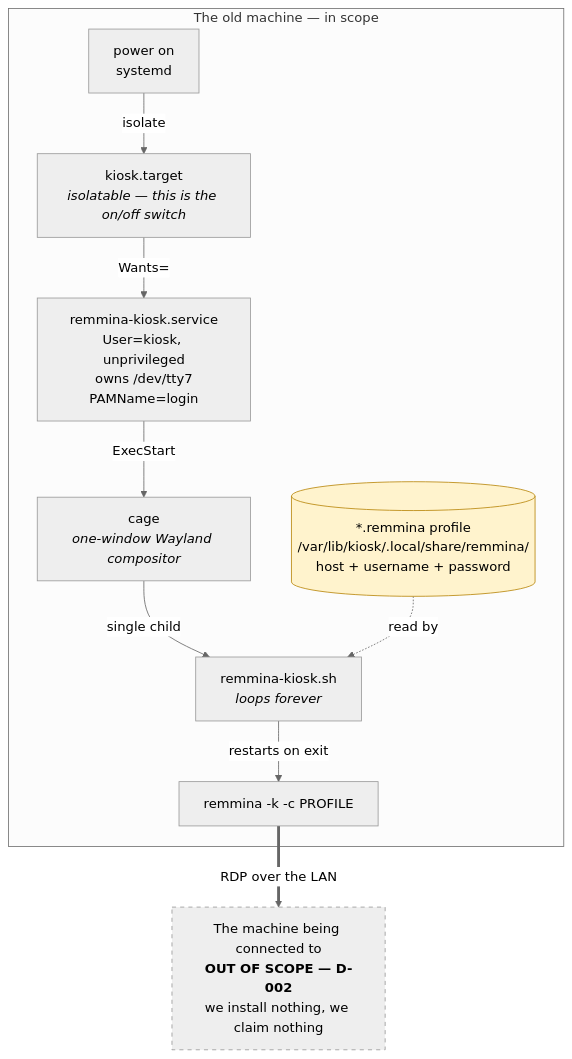
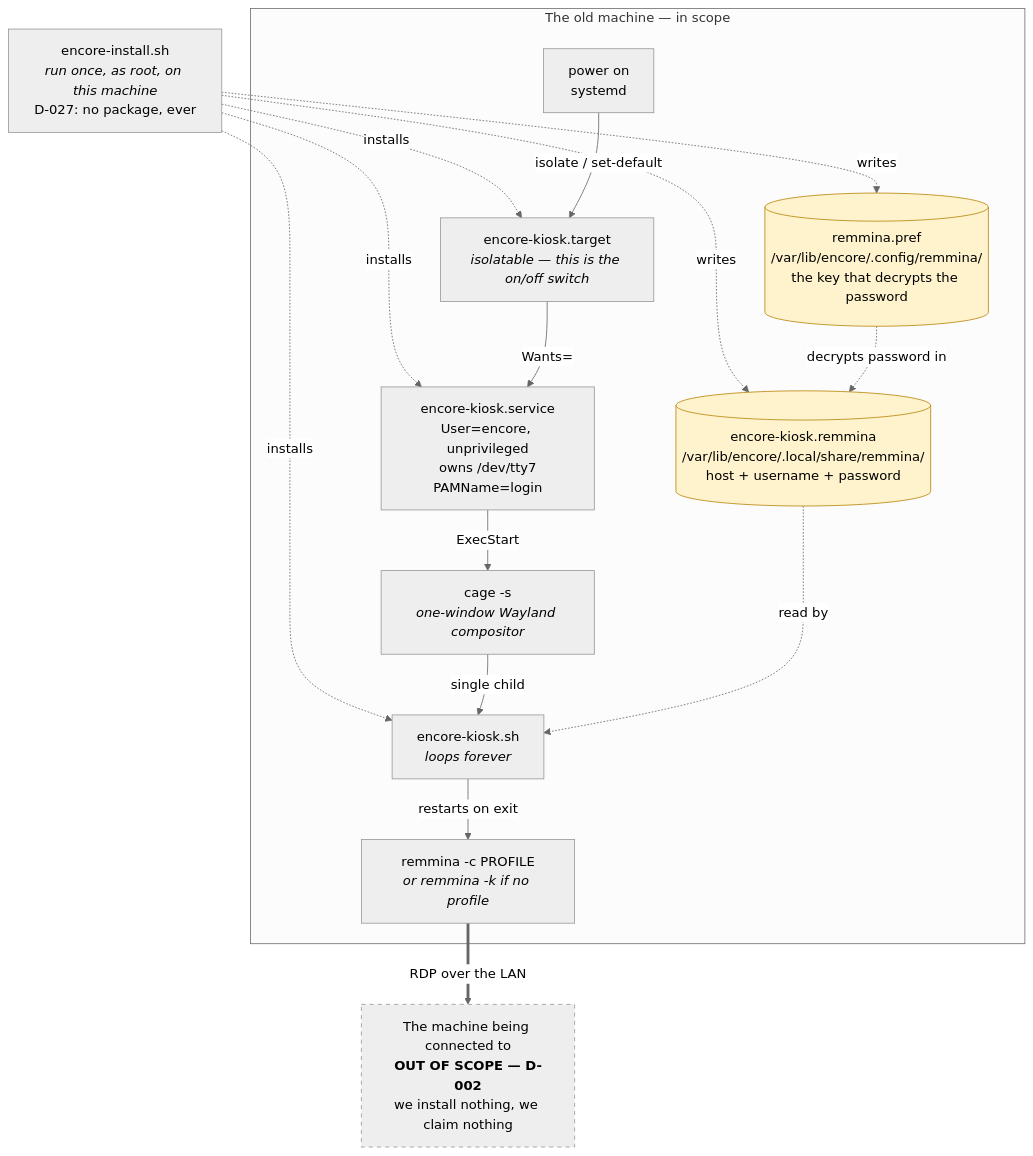
One commit to TonyMalandain/encore changed the diagram in docs/architecture/overview.md. Above: the diagram before and after it, drawn with Mermaid (neutral theme). The commit also changed other lines of this file and 25 other files, not shown here.

````diff
--- a/docs/architecture/overview.md
+++ b/docs/architecture/overview.md
@@ -12,25 +19,36 @@
 ```mermaid
 flowchart TD
     subgraph terminal["The old machine — in scope"]
         boot["power on<br/>systemd"]
-        target["kiosk.target<br/><i>isolatable — this is the on/off switch</i>"]
-        svc["remmina-kiosk.service<br/>User=kiosk, unprivileged<br/>owns /dev/tty7<br/>PAMName=login"]
-        cage["cage<br/><i>one-window Wayland compositor</i>"]
-        script["remmina-kiosk.sh<br/><i>loops forever</i>"]
-        client["remmina -k -c PROFILE"]
-        profile[("*.remmina profile<br/>/var/lib/kiosk/.local/share/remmina/<br/>host + username + password")]
+        target["encore-kiosk.target<br/><i>isolatable — this is the on/off switch</i>"]
+        svc["encore-kiosk.service<br/>User=encore, unprivileged<br/>owns /dev/tty7<br/>PAMName=login"]
+        cage["cage -s<br/><i>one-window Wayland compositor</i>"]
+        script["encore-kiosk.sh<br/><i>loops forever</i>"]
+        client["remmina -c PROFILE<br/><i>or remmina -k if no profile</i>"]
+        profile[("encore-kiosk.remmina<br/>/var/lib/encore/.local/share/remmina/<br/>host + username + password")]
+        key[("remmina.pref<br/>/var/lib/encore/.config/remmina/<br/>the key that decrypts the password")]
     end
+
+    installer["encore-install.sh<br/><i>run once, as root, on this machine</i><br/>D-027: no package, ever"]
 
     host["The machine being connected to<br/><b>OUT OF SCOPE — D-002</b><br/>we install nothing, we claim nothing"]
 
-    boot -->|isolate| target
+    installer -.->|writes| profile
+    installer -.->|writes| key
+    installer -.->|installs| target
+    installer -.->|installs| svc
+    installer -.->|installs| script
+
+    boot -->|isolate / set-default| target
     target -->|Wants=| svc
     svc -->|ExecStart| cage
     cage -->|single child| script
     script -->|restarts on exit| client
     profile -.->|read by| script
+    key -.->|decrypts password in| profile
     client ==>|RDP over the LAN| host
 
     style host fill:#eee,stroke:#999,stroke-dasharray: 5 5
     style profile fill:#fff3cd,stroke:#b8860b
+    style key fill:#fff3cd,stroke:#b8860b
 ```
````
